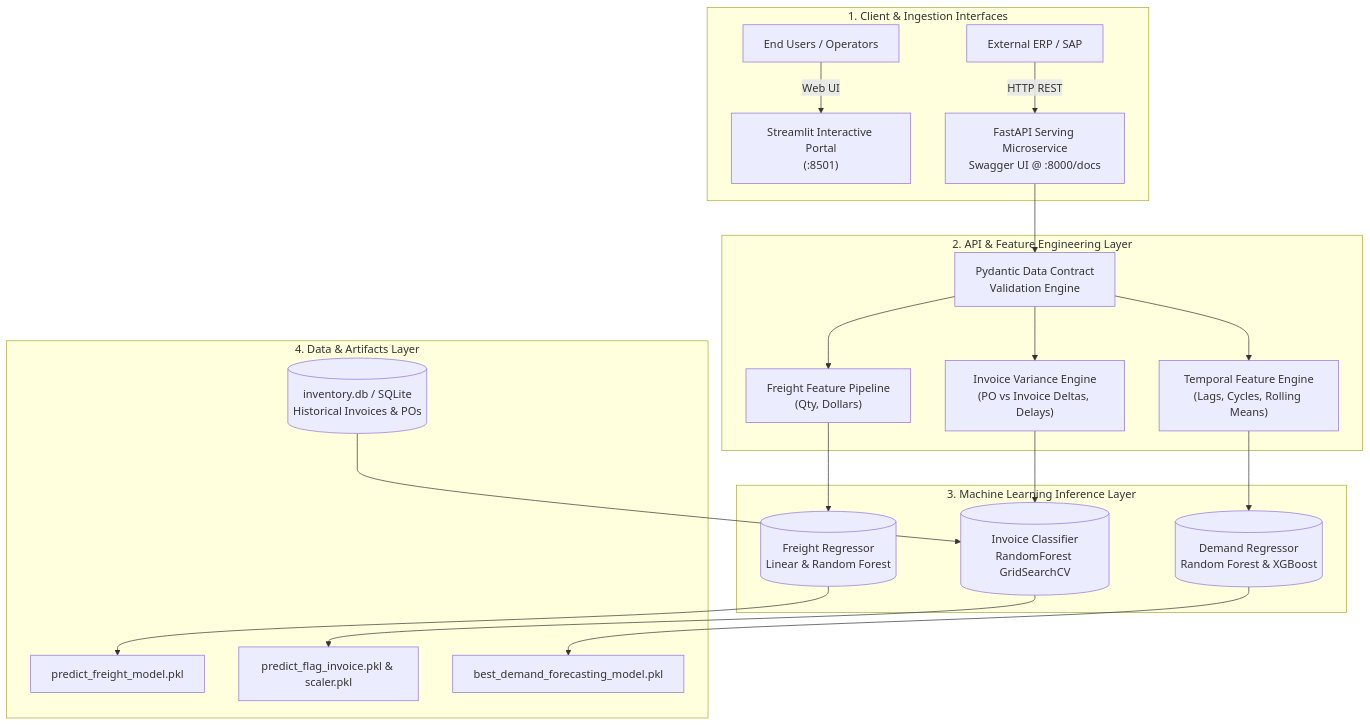
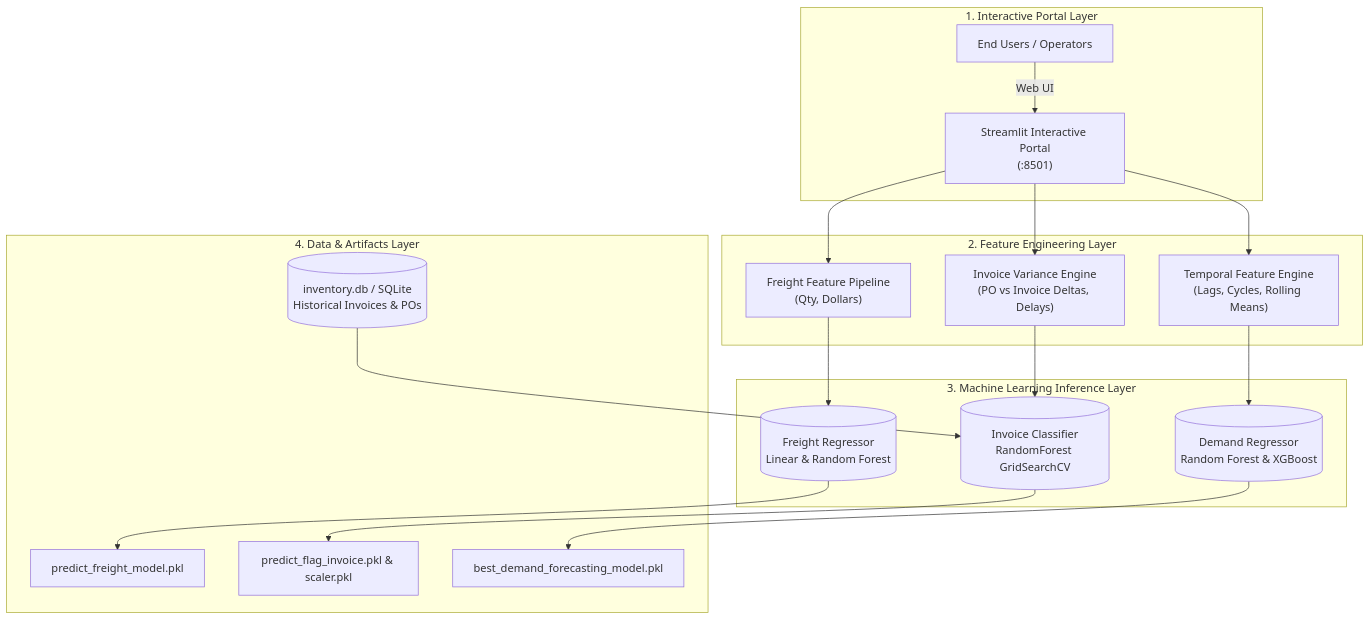
The diagram in README.md (mahatoaditya24/Product-Demand-Forecasting), drawn with Mermaid before and after one commit. The commit also changed other lines of this file and 9 other files, not shown here.

Commit message:
refactor: remove FastAPI layer and streamline repository for pure Streamlit and Docker ML serving

````diff
--- a/README.md
+++ b/README.md
@@ -37,27 +36,25 @@
 ```mermaid
 flowchart TD
-    subgraph ClientLayer ["1. Client & Ingestion Interfaces"]
+    subgraph ClientLayer ["1. Interactive Portal Layer"]
         U["End Users / Operators"] -->|Web UI| UI["Streamlit Interactive Portal\n(:8501)"]
-        SYS["External ERP / SAP"] -->|HTTP REST| API["FastAPI Serving Microservice\nSwagger UI @ :8000/docs"]
     end
 
-    subgraph ServingLayer ["2. API & Feature Engineering Layer"]
-        API --> V["Pydantic Data Contract\nValidation Engine"]
-        V --> F1["Freight Feature Pipeline\n(Qty, Dollars)"]
-        V --> F2["Invoice Variance Engine\n(PO vs Invoice Deltas, Delays)"]
-        V --> F3["Temporal Feature Engine\n(Lags, Cycles, Rolling Means)"]
+    subgraph ServingLayer ["2. Feature Engineering Layer"]
+        UI --> F1["Freight Feature Pipeline\n(Qty, Dollars)"]
+        UI --> F2["Invoice Variance Engine\n(PO vs Invoice Deltas, Delays)"]
+        UI --> F3["Temporal Feature Engine\n(Lags, Cycles, Rolling Means)"]
     end
 
     subgraph ModelLayer ["3. Machine Learning Inference Layer"]
         F1 --> M1[("Freight Regressor\nLinear & Random Forest")]
         F2 --> M2[("Invoice Classifier\nRandomForest GridSearchCV")]
         F3 --> M3[("Demand Regressor\nRandom Forest & XGBoost")]
     end
 
     subgraph StorageLayer ["4. Data & Artifacts Layer"]
         M1 --> D1["predict_freight_model.pkl"]
         M2 --> D2["predict_flag_invoice.pkl & scaler.pkl"]
         M3 --> D3["best_demand_forecasting_model.pkl"]
         DB[("inventory.db / SQLite\nHistorical Invoices & POs")] --> M2
     end
 ```
````
